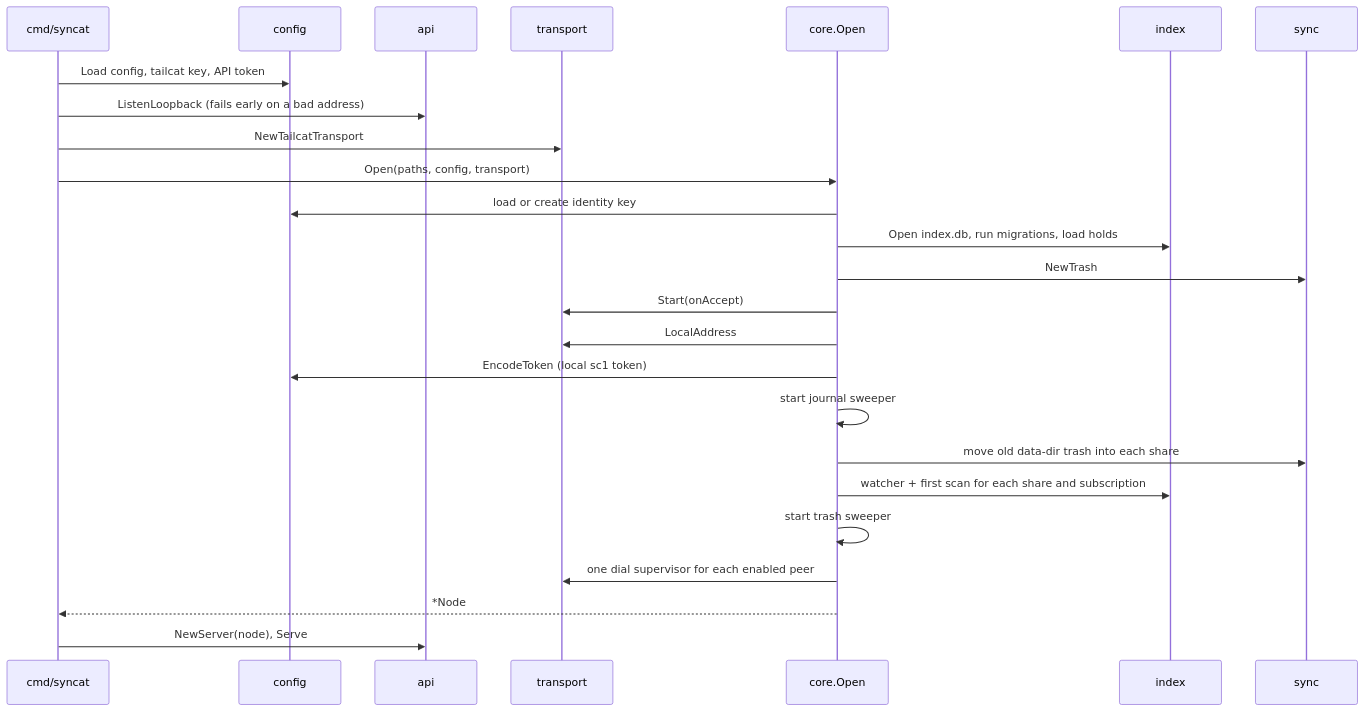
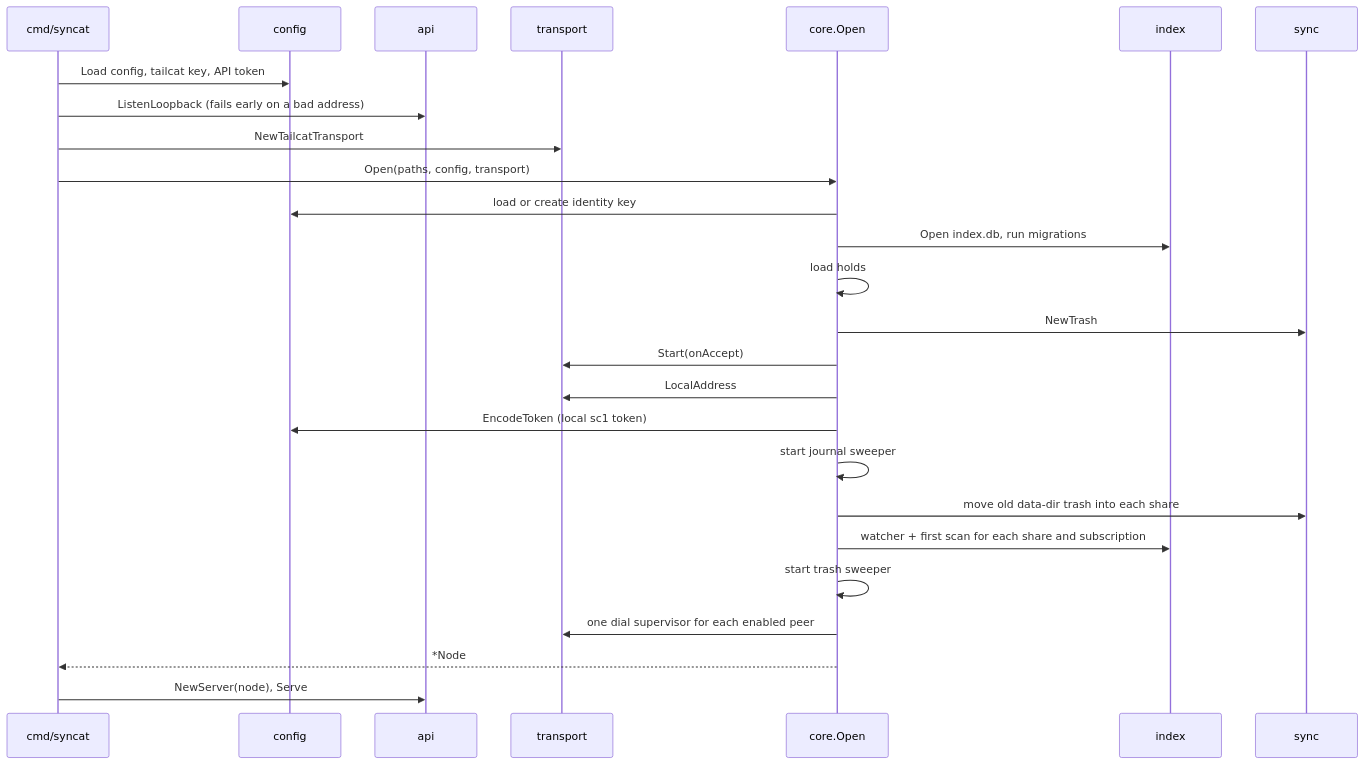
The ninth of 14 diagrams in ARCHITECTURE.md (nickmarrone/syncat), drawn with Mermaid before and after one commit. The commit also changed other lines of this file and 17 other files, not shown here.

````diff
--- a/ARCHITECTURE.md
+++ b/ARCHITECTURE.md
@@ -667,28 +707,29 @@
 ```mermaid
 sequenceDiagram
     participant CLI as cmd/syncat
     participant Cfg as config
     participant API as api
     participant Tr as transport
     participant Core as core.Open
     participant Idx as index
     participant Sync as sync
 
     CLI->>Cfg: Load config, tailcat key, API token
     CLI->>API: ListenLoopback (fails early on a bad address)
     CLI->>Tr: NewTailcatTransport
     CLI->>Core: Open(paths, config, transport)
     Core->>Cfg: load or create identity key
-    Core->>Idx: Open index.db, run migrations, load holds
+    Core->>Idx: Open index.db, run migrations
+    Core->>Core: load holds
     Core->>Sync: NewTrash
     Core->>Tr: Start(onAccept)
     Core->>Tr: LocalAddress
     Core->>Cfg: EncodeToken (local sc1 token)
     Core->>Core: start journal sweeper
     Core->>Sync: move old data-dir trash into each share
     Core->>Idx: watcher + first scan for each share and subscription
     Core->>Core: start trash sweeper
     Core->>Tr: one dial supervisor for each enabled peer
     Core-->>CLI: *Node
     CLI->>API: NewServer(node), Serve
 ```
````
